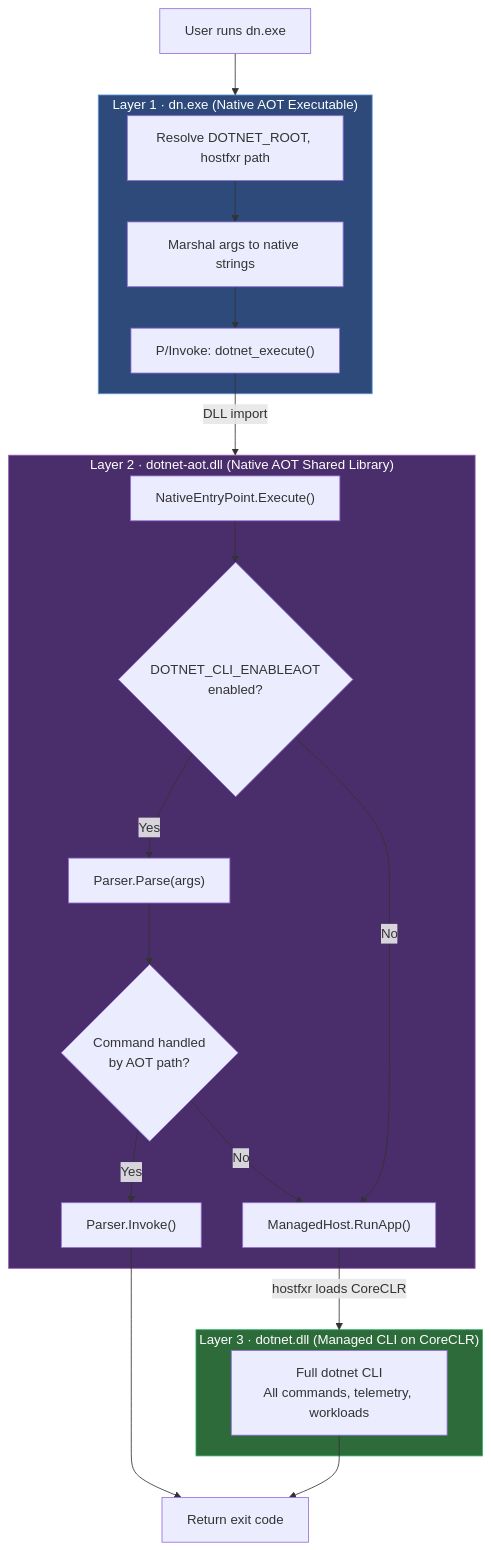
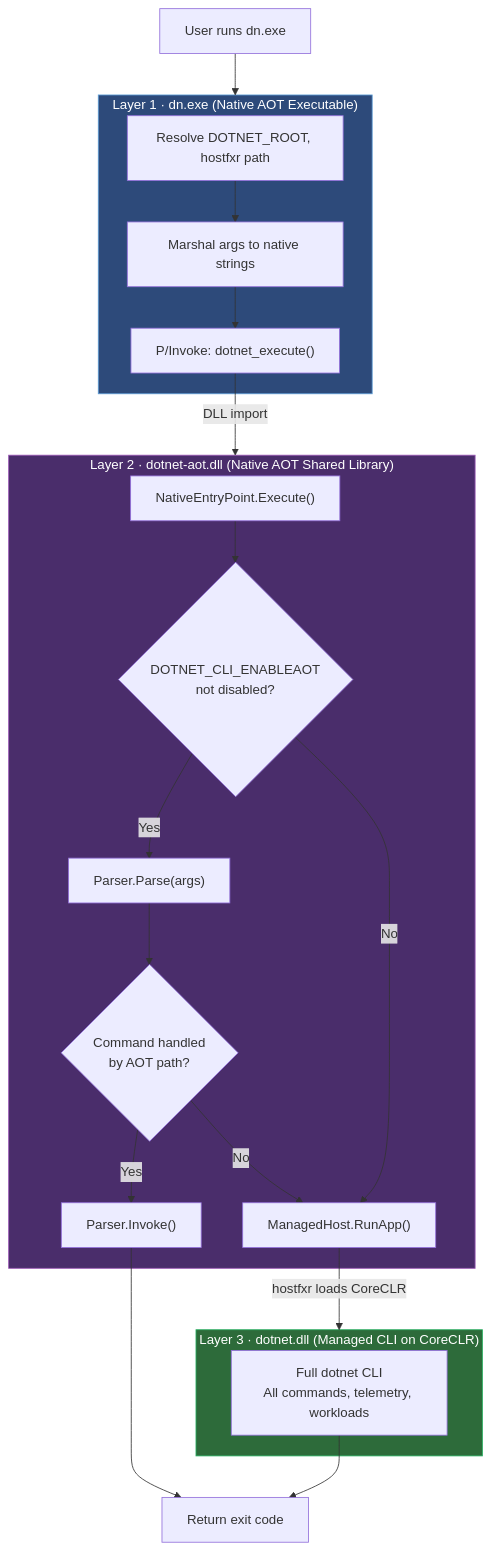
The first of 6 diagrams in src/sdk/src/Cli/dotnet-aot/DESIGN.md (dotnet/dotnet), drawn with Mermaid before and after one commit. The commit also changed other lines of this file and 91 other files, not shown here.

````diff
--- a/src/sdk/src/Cli/dotnet-aot/DESIGN.md
+++ b/src/sdk/src/Cli/dotnet-aot/DESIGN.md
@@ -36,40 +54,40 @@
 ```mermaid
 graph TD
     User["User runs dn.exe"] --> L1
 
     subgraph L1["Layer 1 · dn.exe  (Native AOT Executable)"]
         Resolve["Resolve DOTNET_ROOT, hostfxr path"]
         Marshal["Marshal args to native strings"]
         PInvoke["P/Invoke: dotnet_execute()"]
         Resolve --> Marshal --> PInvoke
     end
 
     PInvoke -->|"DLL import"| L2
 
     subgraph L2["Layer 2 · dotnet-aot.dll  (Native AOT Shared Library)"]
         Entry["NativeEntryPoint.Execute()"]
-        AotCheck{"DOTNET_CLI_ENABLEAOT<br/>enabled?"}
+        AotCheck{"DOTNET_CLI_ENABLEAOT<br/>not disabled?"}
         Parse["Parser.Parse(args)"]
         Fast{"Command handled<br/>by AOT path?"}
         Invoke["Parser.Invoke()"]
         HostInit["ManagedHost.RunApp()"]
         Entry --> AotCheck
         AotCheck -- "Yes" --> Parse --> Fast
         AotCheck -- "No" --> HostInit
         Fast -- "Yes" --> Invoke
         Fast -- "No" --> HostInit
     end
 
     Invoke --> Done["Return exit code"]
     HostInit -->|"hostfxr loads CoreCLR"| L3
 
     subgraph L3["Layer 3 · dotnet.dll  (Managed CLI on CoreCLR)"]
         FullCLI["Full dotnet CLI<br/>All commands, telemetry, workloads"]
     end
 
     FullCLI --> Done
 
     style L1 fill:#2d4a7a,stroke:#5b9bd5,color:#fff
     style L2 fill:#4a2d6b,stroke:#9b59b6,color:#fff
     style L3 fill:#2d6b3a,stroke:#27ae60,color:#fff
 ```
````
